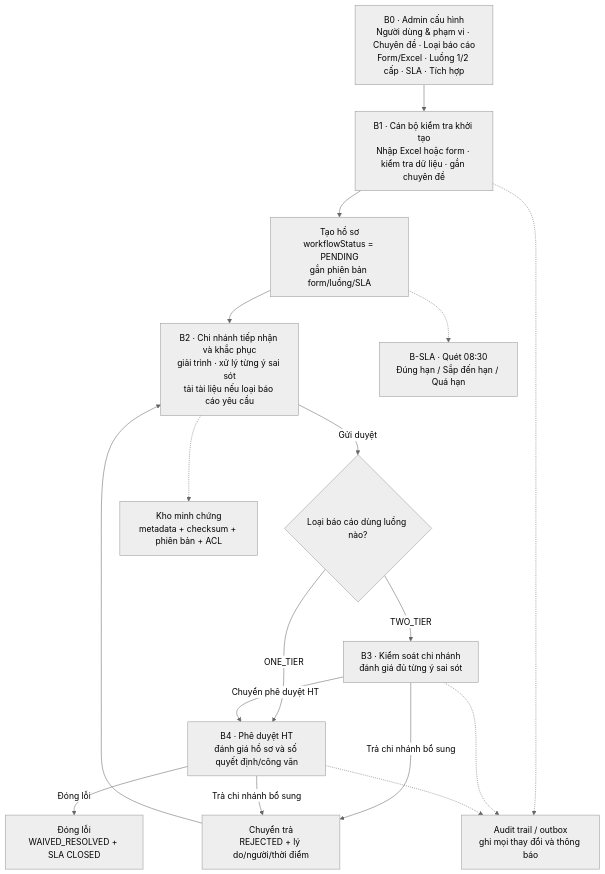
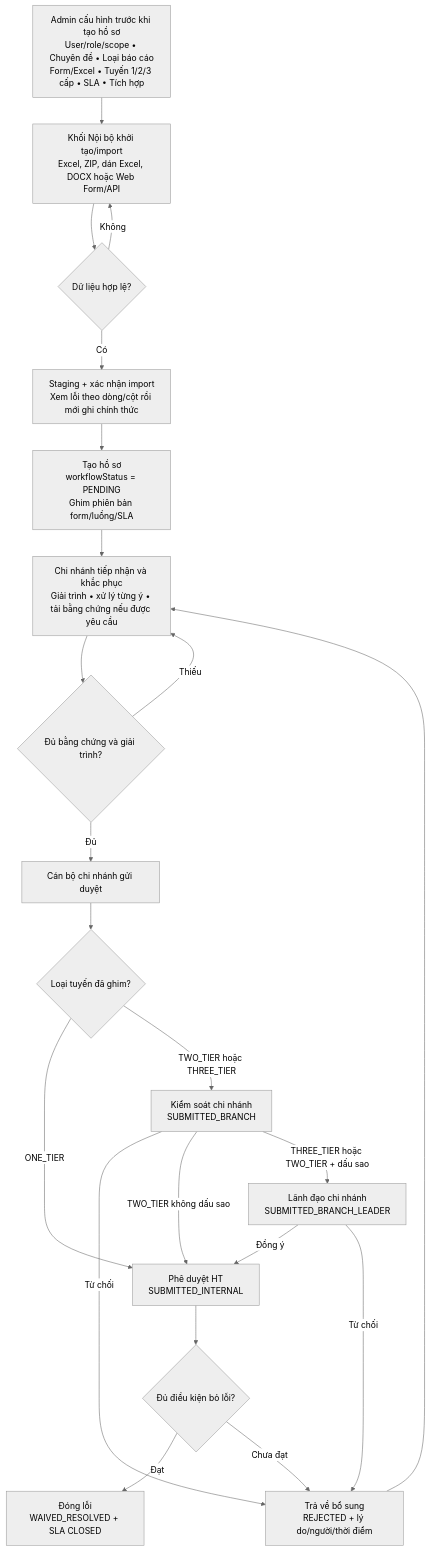
The first of 3 diagrams in LUU_DO_VAN_HANH_CHI_TIET.md (Kiemtra07/BGRC), drawn with Mermaid (neutral theme) before and after one commit. The commit also changed other lines of this file and 70 other files, not shown here.

````diff
--- a/LUU_DO_VAN_HANH_CHI_TIET.md
+++ b/LUU_DO_VAN_HANH_CHI_TIET.md
@@ -19,28 +26,35 @@
 ```mermaid
 flowchart TD
-    B0["B0 · Admin cấu hình<br/>Người dùng & phạm vi · Chuyên đề · Loại báo cáo<br/>Form/Excel · Luồng 1/2 cấp · SLA · Tích hợp"]
-    B1["B1 · Cán bộ kiểm tra khởi tạo<br/>Nhập Excel hoặc form · kiểm tra dữ liệu · gắn chuyên đề"]
-    P["Tạo hồ sơ<br/>workflowStatus = PENDING<br/>gắn phiên bản form/luồng/SLA"]
-    R["B2 · Chi nhánh tiếp nhận và khắc phục<br/>giải trình · xử lý từng ý sai sót<br/>tải tài liệu nếu loại báo cáo yêu cầu"]
-    S{"Loại báo cáo dùng luồng nào?"}
-    C["B3 · Kiểm soát chi nhánh<br/>đánh giá đủ từng ý sai sót"]
-    H["B4 · Phê duyệt HT<br/>đánh giá hồ sơ và số quyết định/công văn"]
+    A0["Admin cấu hình trước khi tạo hồ sơ<br/>User/role/scope • Chuyên đề • Loại báo cáo<br/>Form/Excel • Tuyến 1/2/3 cấp • SLA • Tích hợp"]
+    A1["Khối Nội bộ khởi tạo/import<br/>Excel, ZIP, dán Excel, DOCX hoặc Web Form/API"]
+    A2{"Dữ liệu hợp lệ?"}
+    A3["Staging + xác nhận import<br/>Xem lỗi theo dòng/cột rồi mới ghi chính thức"]
+    P["Tạo hồ sơ<br/>workflowStatus = PENDING<br/>Ghim phiên bản form/luồng/SLA"]
+    B["Chi nhánh tiếp nhận và khắc phục<br/>Giải trình • xử lý từng ý • tải bằng chứng nếu được yêu cầu"]
+    Q{"Đủ bằng chứng và giải trình?"}
+    S["Cán bộ chi nhánh gửi duyệt"]
+    R{"Loại tuyến đã ghim?"}
+    C["Kiểm soát chi nhánh<br/>SUBMITTED_BRANCH"]
+    L["Lãnh đạo chi nhánh<br/>SUBMITTED_BRANCH_LEADER"]
+    H["Phê duyệt HT<br/>SUBMITTED_INTERNAL"]
+    F{"Đủ điều kiện bỏ lỗi?"}
     D["Đóng lỗi<br/>WAIVED_RESOLVED + SLA CLOSED"]
-    X["Chuyển trả<br/>REJECTED + lý do/người/thời điểm"]
+    X["Trả về bổ sung<br/>REJECTED + lý do/người/thời điểm"]
 
-    B0 --> B1 --> P --> R
-    R -->|"Gửi duyệt"| S
-    S -->|"TWO_TIER"| C
-    S -->|"ONE_TIER"| H
-    C -->|"Chuyển phê duyệt HT"| H
-    C -->|"Trả chi nhánh bổ sung"| X
-    H -->|"Đóng lỗi"| D
-    H -->|"Trả chi nhánh bổ sung"| X
-    X --> R
-
-    P -.-> SLA["B-SLA · Quét 08:30<br/>Đúng hạn / Sắp đến hạn / Quá hạn"]
-    R -.-> E["Kho minh chứng<br/>metadata + checksum + phiên bản + ACL"]
-    B1 -.-> A["Audit trail / outbox<br/>ghi mọi thay đổi và thông báo"]
-    C -.-> A
-    H -.-> A
+    A0 --> A1 --> A2
+    A2 -->|Không| A1
+    A2 -->|Có| A3 --> P --> B --> Q
+    Q -->|Thiếu| B
+    Q -->|Đủ| S --> R
+    R -->|ONE_TIER| H
+    R -->|TWO_TIER hoặc THREE_TIER| C
+    C -->|Từ chối| X
+    C -->|TWO_TIER không dấu sao| H
+    C -->|THREE_TIER hoặc TWO_TIER + dấu sao| L
+    L -->|Đồng ý| H
+    L -->|Từ chối| X
+    H --> F
+    F -->|Đạt| D
+    F -->|Chưa đạt| X
+    X --> B
 ```
````
